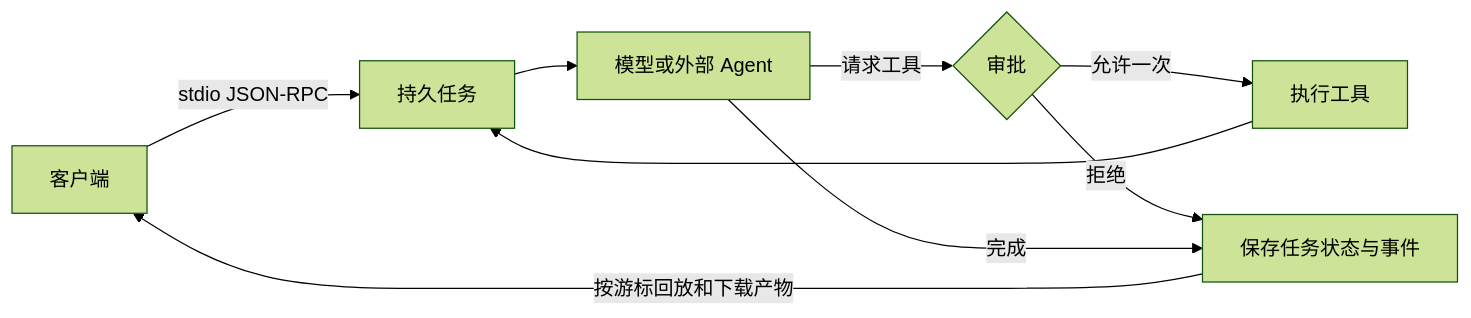
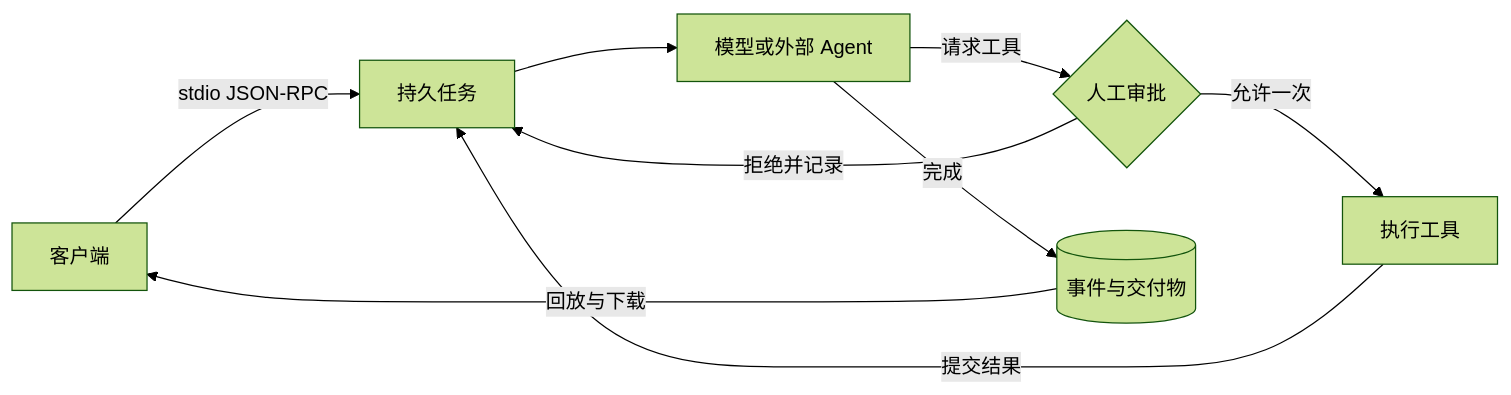
Before and after one commit to AuronaLabs/Fliuno: the diagram in README.md, drawn with Mermaid (forest theme). The commit also changed other lines of this file and 12 other files, not shown here.

````diff
--- a/README.md
+++ b/README.md
@@ -44,11 +46,11 @@
 ```mermaid
 flowchart LR
   Client[客户端] -->|stdio JSON-RPC| Task[持久任务]
   Task --> Step[模型或外部 Agent]
-  Step -->|请求工具| Review{审批}
+  Step -->|请求工具| Review{人工审批}
   Review -->|允许一次| Run[执行工具]
-  Run --> Task
-  Review -->|拒绝| Store[保存任务状态与事件]
-  Step -->|完成| Store
-  Store -->|按游标回放和下载产物| Client
+  Run -->|提交结果| Task
+  Review -->|拒绝并记录| Task
+  Step -->|完成| Store[(事件与交付物)]
+  Store -->|回放与下载| Client
 ```
````
